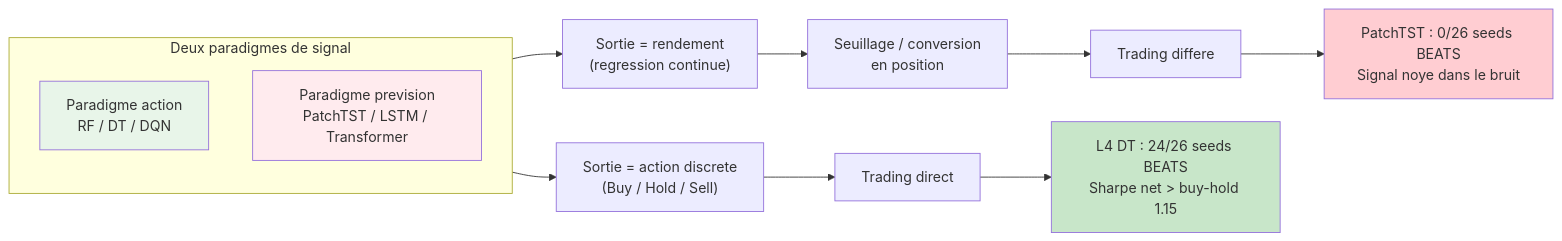
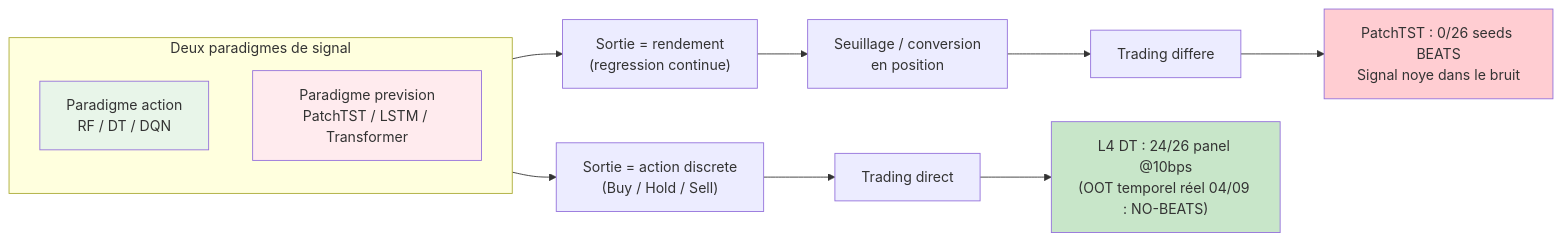
The second of 2 diagrams in MyIA.AI.Notebooks/QuantConnect/ML-Training-Pipeline/README.md (jsboige/CoursIA), drawn with Mermaid before and after one commit. The commit also changed other lines of this file and 19 other files, not shown here.

````diff
--- a/MyIA.AI.Notebooks/QuantConnect/ML-Training-Pipeline/README.md
+++ b/MyIA.AI.Notebooks/QuantConnect/ML-Training-Pipeline/README.md
@@ -505,19 +505,19 @@
 ```mermaid
 flowchart LR
     subgraph PARA["Deux paradigmes de signal"]
         direction TB
         P1["Paradigme action<br/>RF / DT / DQN"]
         P2["Paradigme prevision<br/>PatchTST / LSTM / Transformer"]
     end
     P1 --> ACT["Sortie = action discrete<br/>(Buy / Hold / Sell)"]
     P2 --> RET["Sortie = rendement<br/>(regression continue)"]
     ACT --> TR1["Trading direct"]
     RET --> TH["Seuillage / conversion<br/>en position"]
     TH --> TR2["Trading differe"]
-    TR1 --> RES1["L4 DT : 24/26 seeds BEATS<br/>Sharpe net > buy-hold 1.15"]
+    TR1 --> RES1["L4 DT : 24/26 panel @10bps<br/>(OOT temporel réel 04/09 : NO-BEATS)"]
     TR2 --> RES2["PatchTST : 0/26 seeds BEATS<br/>Signal noye dans le bruit"]
     style P1 fill:#e8f5e9
     style P2 fill:#ffebee
     style RES1 fill:#c8e6c9
     style RES2 fill:#ffcdd2
 ```
````
